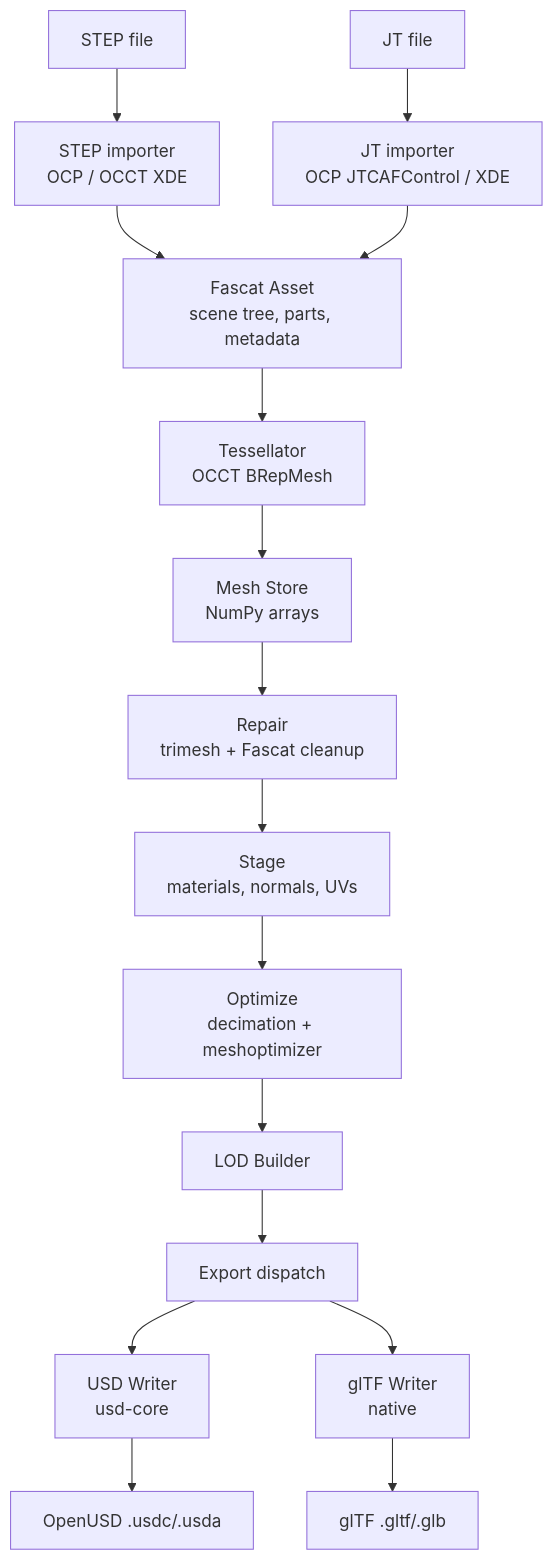
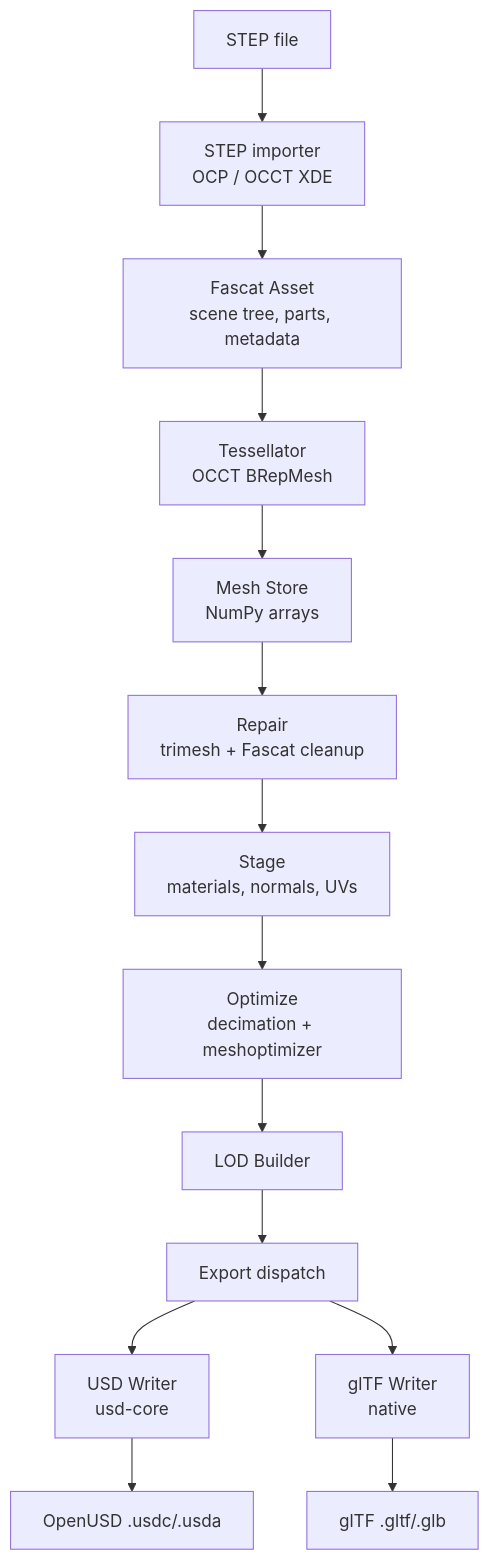
Before and after one commit to pavelsimo/fascat: the first of 2 diagrams in PLAN.md, drawn with Mermaid. The commit also changed other lines of this file and 17 other files, not shown here.

````diff
--- a/PLAN.md
+++ b/PLAN.md
@@ -136,18 +135,16 @@
 ```mermaid
 flowchart TD
     A["STEP file"] --> B["STEP importer<br/>OCP / OCCT XDE"]
-    JT["JT file"] --> JTI["JT importer<br/>OCP JTCAFControl / XDE"]
     B --> C["Fascat Asset<br/>scene tree, parts, metadata"]
-    JTI --> C
     C --> D["Tessellator<br/>OCCT BRepMesh"]
     D --> E["Mesh Store<br/>NumPy arrays"]
     E --> F["Repair<br/>trimesh + Fascat cleanup"]
     F --> G["Stage<br/>materials, normals, UVs"]
     G --> H["Optimize<br/>decimation + meshoptimizer"]
     H --> I["LOD Builder"]
     I --> J["Export dispatch"]
     J --> K["USD Writer<br/>usd-core"]
     J --> L["glTF Writer<br/>native"]
     K --> M["OpenUSD .usdc/.usda"]
     L --> N["glTF .gltf/.glb"]
 ```
````
